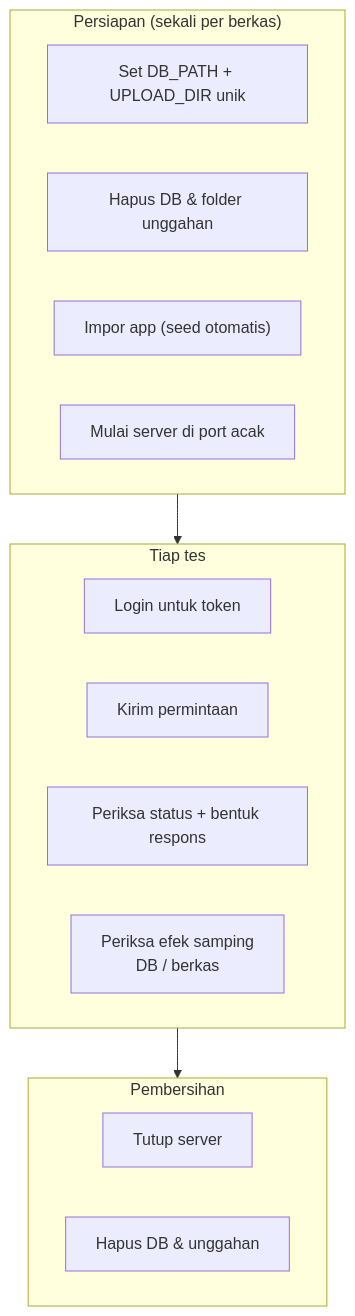
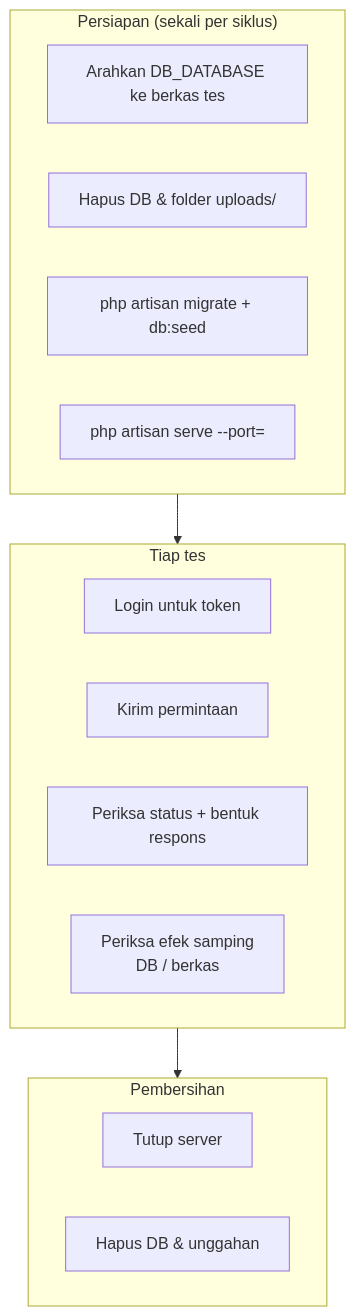
One commit to faizmarwan2/Project1 changed the second of 2 diagrams in docs/project-a/17-Test-Automation.md. Above: the diagram before and after it, drawn with Mermaid. The commit also changed other lines of this file and 20 other files, not shown here.

````diff
--- a/docs/project-a/17-Test-Automation.md
+++ b/docs/project-a/17-Test-Automation.md
@@ -108,23 +132,23 @@
 ```mermaid
 flowchart TD
-    subgraph S["Persiapan (sekali per berkas)"]
-        S1["Set DB_PATH + UPLOAD_DIR unik"]
-        S2["Hapus DB & folder unggahan"]
-        S3["Impor app (seed otomatis)"]
-        S4["Mulai server di port acak"]
+    subgraph S["Persiapan (sekali per siklus)"]
+        S1["Arahkan DB_DATABASE ke berkas tes"]
+        S2["Hapus DB & folder uploads/"]
+        S3["php artisan migrate + db:seed"]
+        S4["php artisan serve --port=<bebas>"]
     end
 
     subgraph T["Tiap tes"]
         T1["Login untuk token"]
         T2["Kirim permintaan"]
         T3["Periksa status + bentuk respons"]
         T4["Periksa efek samping<br/>DB / berkas"]
     end
 
     subgraph C["Pembersihan"]
         C1["Tutup server"]
         C2["Hapus DB & unggahan"]
     end
 
     S --> T --> C
 ```
````
